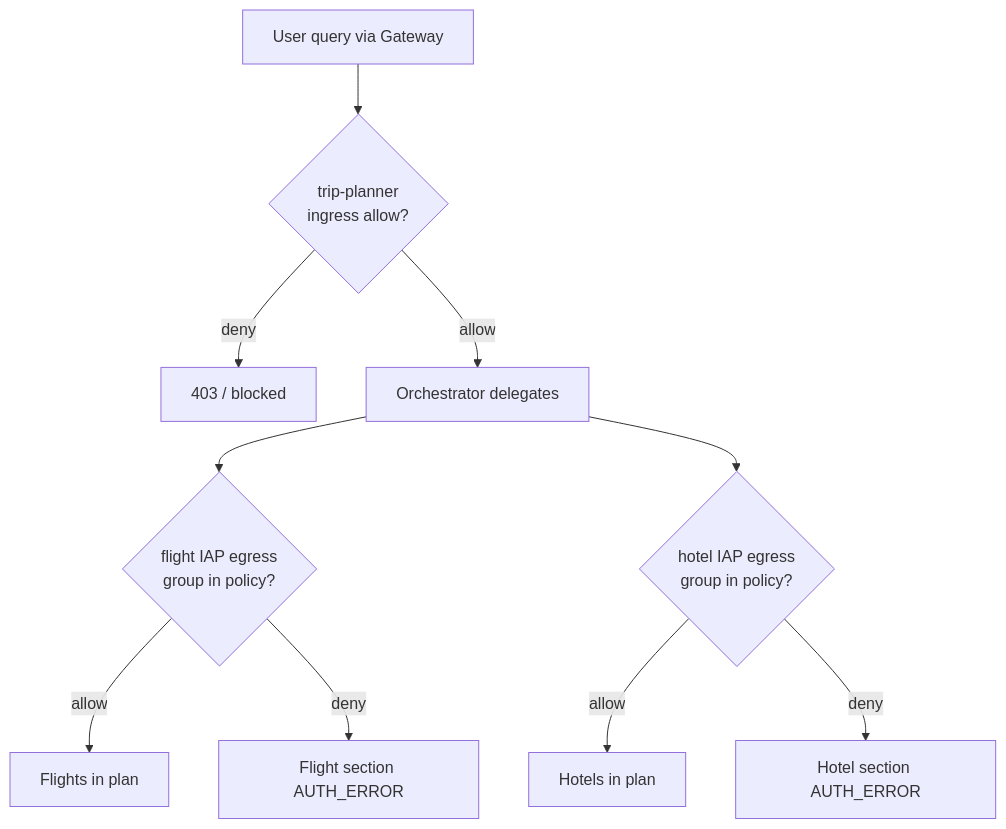
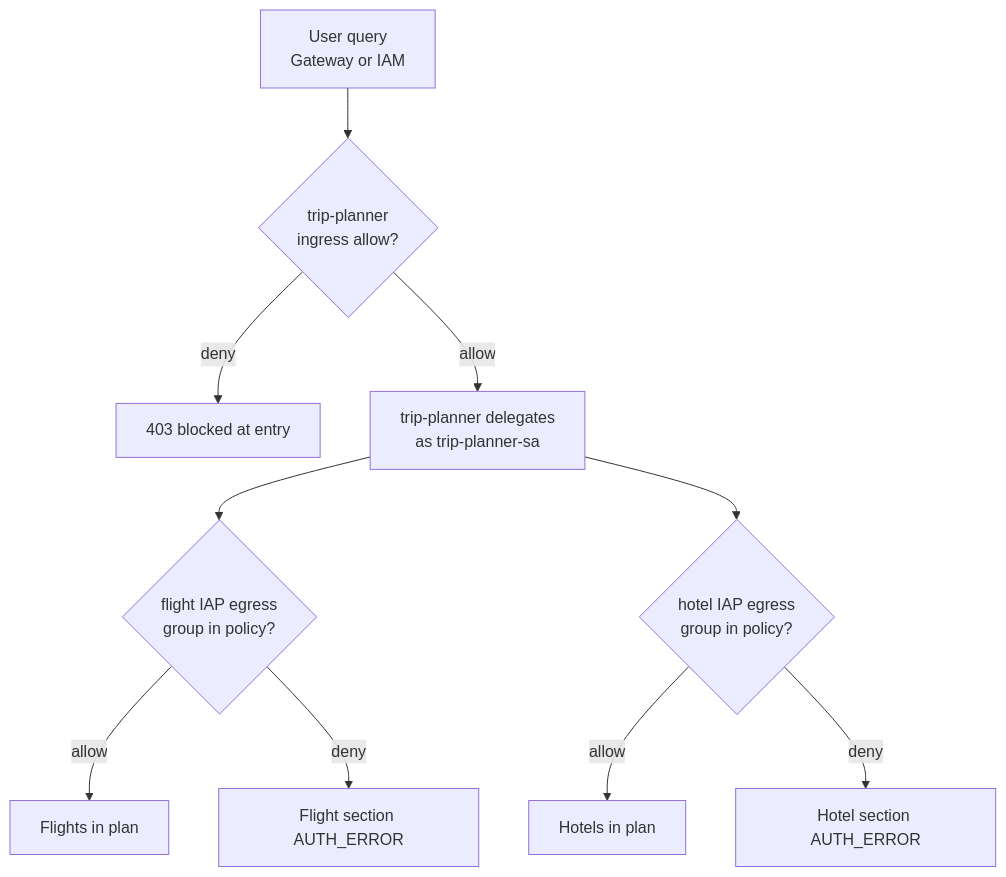
Before and after one commit to yu-iskw/agent-cli-demo: the second of 5 diagrams in docs/guides/04-mesh-governance.md, drawn with Mermaid. The commit also changed other lines of this file and 22 other files, not shown here.

````diff
--- a/docs/guides/04-mesh-governance.md
+++ b/docs/guides/04-mesh-governance.md
@@ -80,13 +103,13 @@
 ```mermaid
 flowchart TD
-  Q["User query via Gateway"]
-  Q --> TPCheck{trip-planner<br/>ingress allow?}
-  TPCheck -->|deny| Deny["403 / blocked"]
-  TPCheck -->|allow| Delegate["Orchestrator delegates"]
+  Q["User query<br/>Gateway or IAM"]
+  Q --> TPIn{trip-planner<br/>ingress allow?}
+  TPIn -->|deny| DenyIn["403 blocked at entry"]
+  TPIn -->|allow| Delegate["trip-planner delegates<br/>as trip-planner-sa"]
   Delegate --> FCheck{flight IAP egress<br/>group in policy?}
   Delegate --> HCheck{hotel IAP egress<br/>group in policy?}
   FCheck -->|allow| Flights["Flights in plan"]
   FCheck -->|deny| FErr["Flight section AUTH_ERROR"]
   HCheck -->|allow| Hotels["Hotels in plan"]
   HCheck -->|deny| HErr["Hotel section AUTH_ERROR"]
 ```
````
